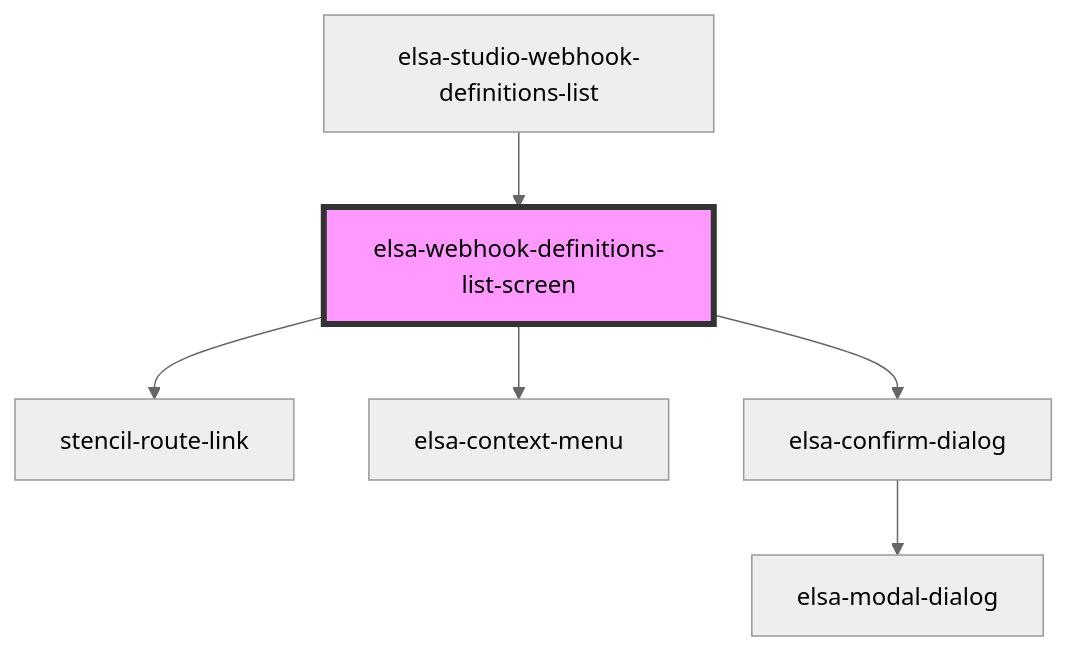
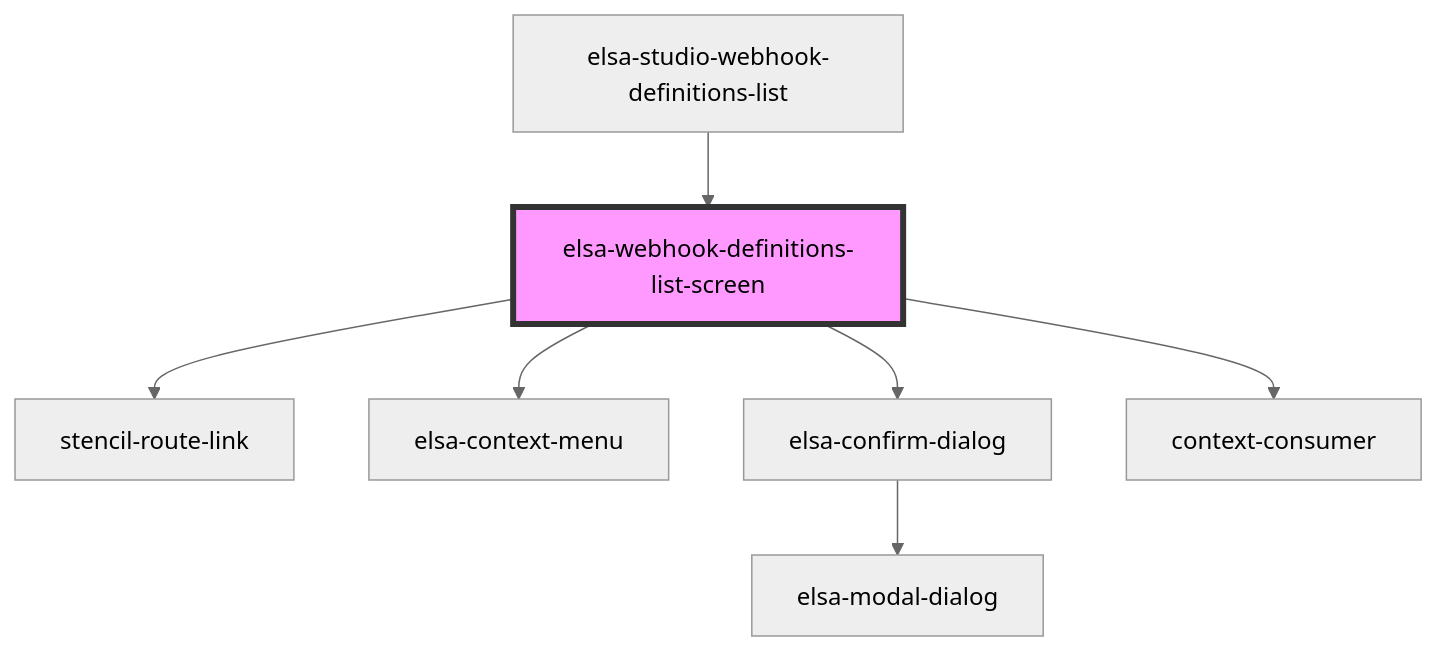
Before and after one commit to elsa-workflows/elsa-core: the diagram in src/designer/elsa-workflows-studio/src/components/screens/webhook-definition-list/else-webhook-definitions-screen/readme.md, drawn with Mermaid (neutral theme). The commit also changed other lines of this file and 22 other files, not shown here.

````diff
--- a/src/designer/elsa-workflows-studio/src/components/screens/webhook-definition-list/else-webhook-definitions-screen/readme.md
+++ b/src/designer/elsa-workflows-studio/src/components/screens/webhook-definition-list/else-webhook-definitions-screen/readme.md
@@ -29,9 +31,10 @@
 ```mermaid
 graph TD;
   elsa-webhook-definitions-list-screen --> stencil-route-link
   elsa-webhook-definitions-list-screen --> elsa-context-menu
   elsa-webhook-definitions-list-screen --> elsa-confirm-dialog
+  elsa-webhook-definitions-list-screen --> context-consumer
   elsa-confirm-dialog --> elsa-modal-dialog
   elsa-studio-webhook-definitions-list --> elsa-webhook-definitions-list-screen
   style elsa-webhook-definitions-list-screen fill:#f9f,stroke:#333,stroke-width:4px
 ```
````
